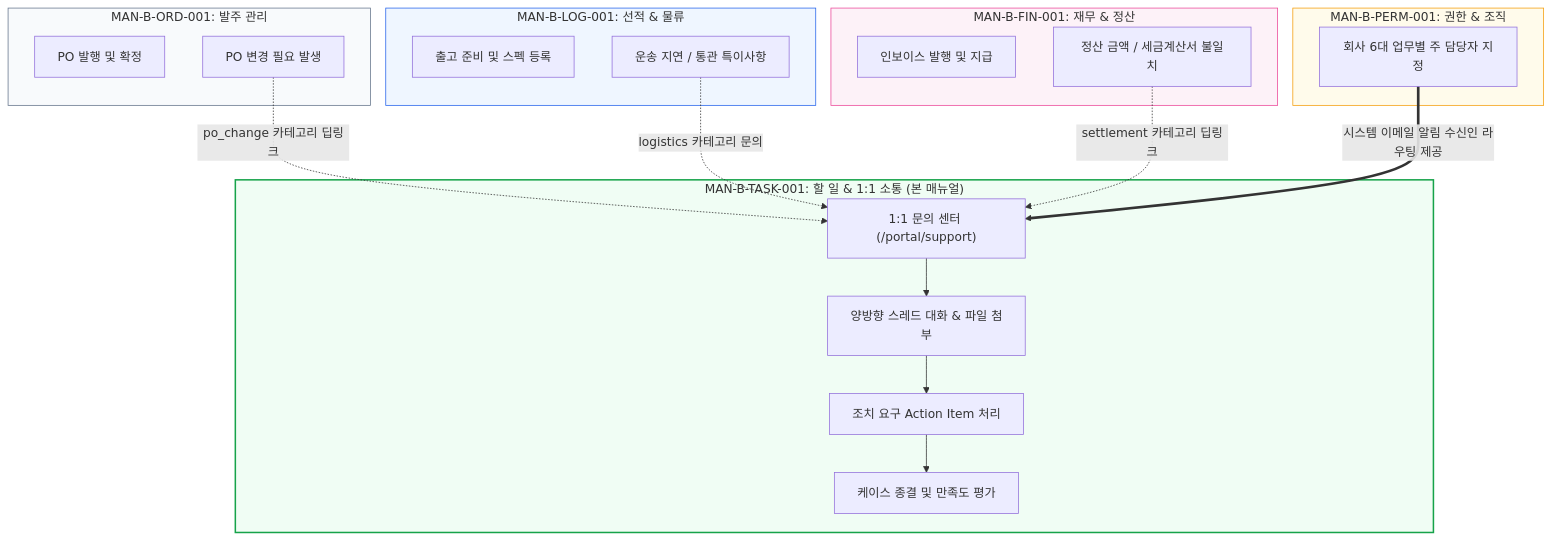
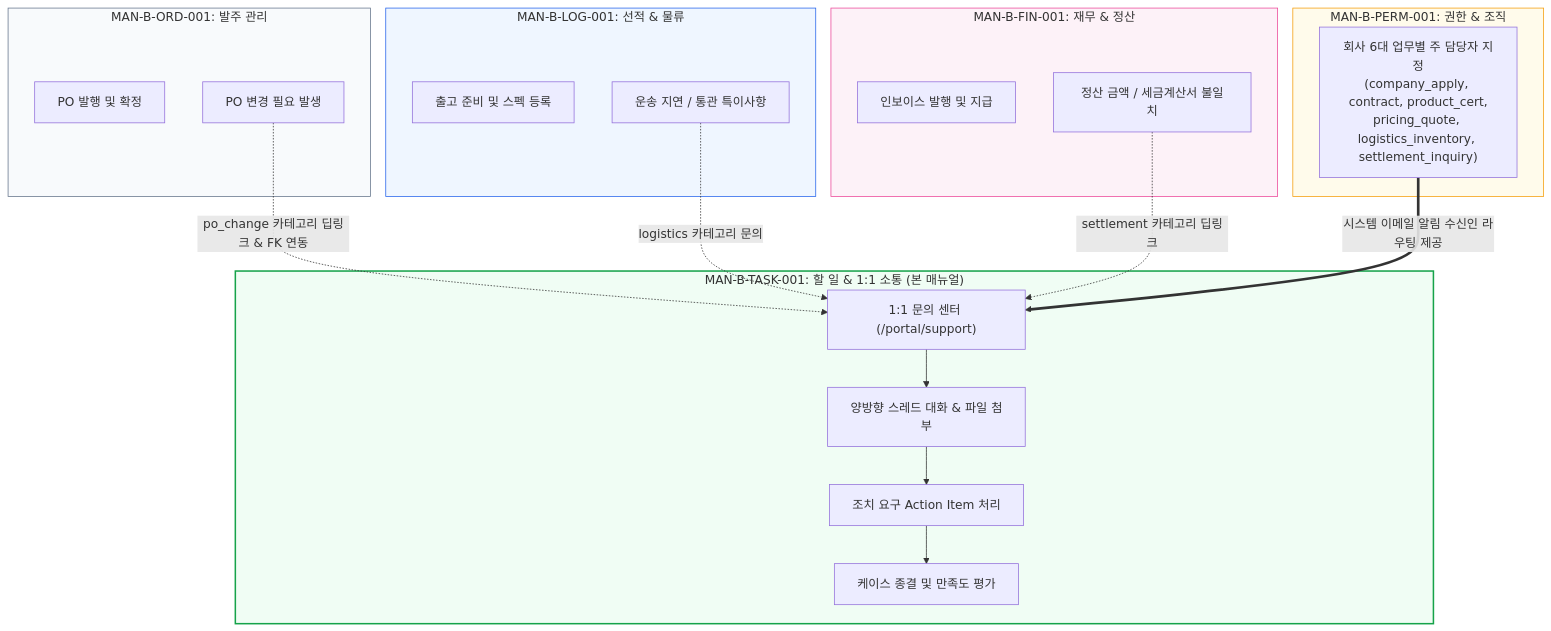
Before and after one commit to chaehahm-Kr/KBGP-Portal: the seventh of 7 diagrams in Manuals/MAN-B-TASK-001_Task-Communication/01_SOURCE/MAN-B-TASK-001_Workflow_Map.md, drawn with Mermaid. The commit also changed other lines of this file and 3 other files, not shown here.

````diff
--- a/Manuals/MAN-B-TASK-001_Task-Communication/01_SOURCE/MAN-B-TASK-001_Workflow_Map.md
+++ b/Manuals/MAN-B-TASK-001_Task-Communication/01_SOURCE/MAN-B-TASK-001_Workflow_Map.md
@@ -207,41 +207,41 @@
 ```mermaid
 flowchart TD
     subgraph ORD["MAN-B-ORD-001: 발주 관리"]
         O1[PO 발행 및 확정]
         O2[PO 변경 필요 발생]
     end
 
     subgraph LOG["MAN-B-LOG-001: 선적 & 물류"]
         L1[출고 준비 및 스펙 등록]
         L2[운송 지연 / 통관 특이사항]
     end
 
     subgraph FIN["MAN-B-FIN-001: 재무 & 정산"]
         F1[인보이스 발행 및 지급]
         F2[정산 금액 / 세금계산서 불일치]
     end
 
     subgraph PERM["MAN-B-PERM-001: 권한 & 조직"]
-        P1[회사 6대 업무별 주 담당자 지정]
+        P1["회사 6대 업무별 주 담당자 지정<br/>(company_apply, contract, product_cert,<br/>pricing_quote, logistics_inventory, settlement_inquiry)"]
     end
 
     subgraph TASK["MAN-B-TASK-001: 할 일 & 1:1 소통 (본 매뉴얼)"]
         T1["1:1 문의 센터 (/portal/support)"]
         T2[양방향 스레드 대화 & 파일 첨부]
         T3[조치 요구 Action Item 처리]
         T4[케이스 종결 및 만족도 평가]
     end
 
-    O2 -.->|po_change 카테고리 딥링크| T1
+    O2 -.->|po_change 카테고리 딥링크 & FK 연동| T1
     L2 -.->|logistics 카테고리 문의| T1
     F2 -.->|settlement 카테고리 딥링크| T1
     P1 ==>|시스템 이메일 알림 수신인 라우팅 제공| T1
 
     T1 --> T2 --> T3 --> T4
 
     style ORD fill:#f8fafc,stroke:#64748b
     style LOG fill:#eff6ff,stroke:#2563eb
     style FIN fill:#fdf2f8,stroke:#ec4899
     style PERM fill:#fffbeb,stroke:#f59e0b
     style TASK fill:#f0fdf4,stroke:#16a34a,stroke-width:2px
 ```
````
